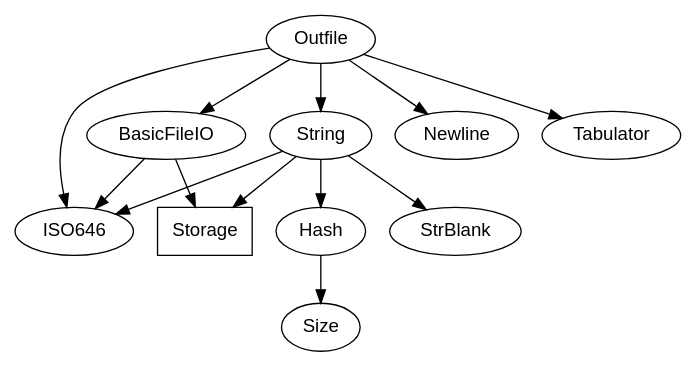
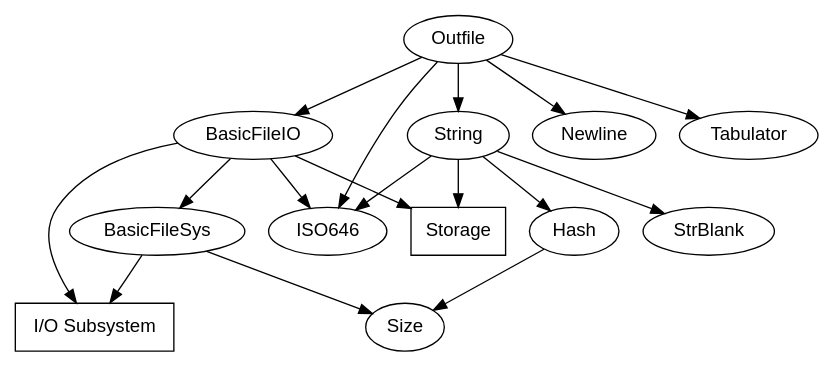
Before and after one commit to m2sf/M2PP-Module-Dependency-Graphs: the diagram in Outfile.dep.dot, drawn with Graphviz. The commit also changed 8 other files, not shown here.

```diff
--- a/Outfile.dep.dot
+++ b/Outfile.dep.dot
@@ -1,32 +1,38 @@
 digraph OutfileDep {
   node [fontname=helvetica];
   
   Outfile -> {
     BasicFileIO ISO646 Newline String Tabulator
   };
   
   BasicFileIO -> {
-    ISO646 Storage
+    BasicFileSys IOSubsystem ISO646 Storage
   };
+  
+  BasicFileSys -> {
+    Size IOSubsystem
+  };
+  
+  Size; /* no dependencies */
+  
+  IOSubsystem [label="I/O Subsystem";shape=box];
   
   ISO646; /* no dependencies */
   
   Storage [shape=box]; /* stdlib */
   
   Newline; /* no dependencies */  
   
   String -> {
     Hash ISO646 Storage StrBlank
   };
   
   Hash -> {
     Size
   };
-  
-  Size; /* no dependencies */
-  
+    
   StrBlank; /* no dependencies */
   
   Tabulator; /* no dependencies */  
   
 } /* OutfileDep */
```
